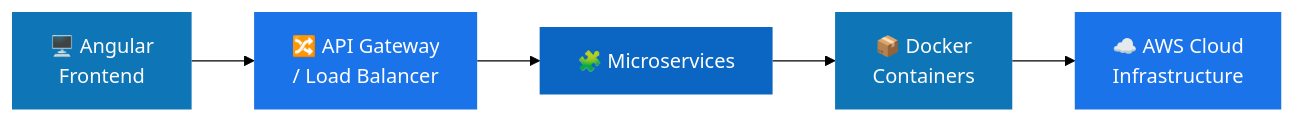
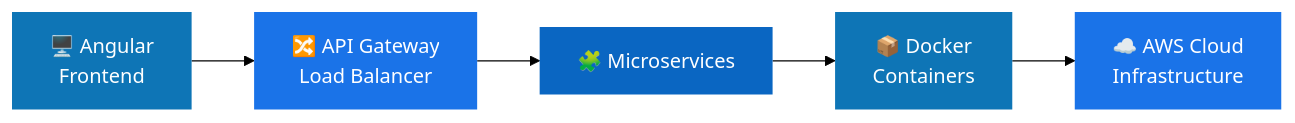
The diagram in README.md (Sandaruwan2000/Sandaruwan2000), drawn with Mermaid (forest theme) before and after one commit. The commit also changed other lines of this file, not shown here.

````diff
--- a/README.md
+++ b/README.md
@@ -173,12 +222,12 @@
 ```mermaid
 flowchart LR
-    A["🖥️ Angular<br/>Frontend"] --> B["🔀 API Gateway<br/>/ Load Balancer"]
+    A["🖥️ Angular<br/>Frontend"] --> B["🔀 API Gateway<br/>Load Balancer"]
     B --> C["🧩 Microservices"]
     C --> D["📦 Docker<br/>Containers"]
     D --> E["☁️ AWS Cloud<br/>Infrastructure"]
     style A fill:#0E75B6,color:#fff,stroke:none
     style B fill:#1a73e8,color:#fff,stroke:none
     style C fill:#0A66C2,color:#fff,stroke:none
     style D fill:#0E75B6,color:#fff,stroke:none
     style E fill:#1a73e8,color:#fff,stroke:none
 ```
````
